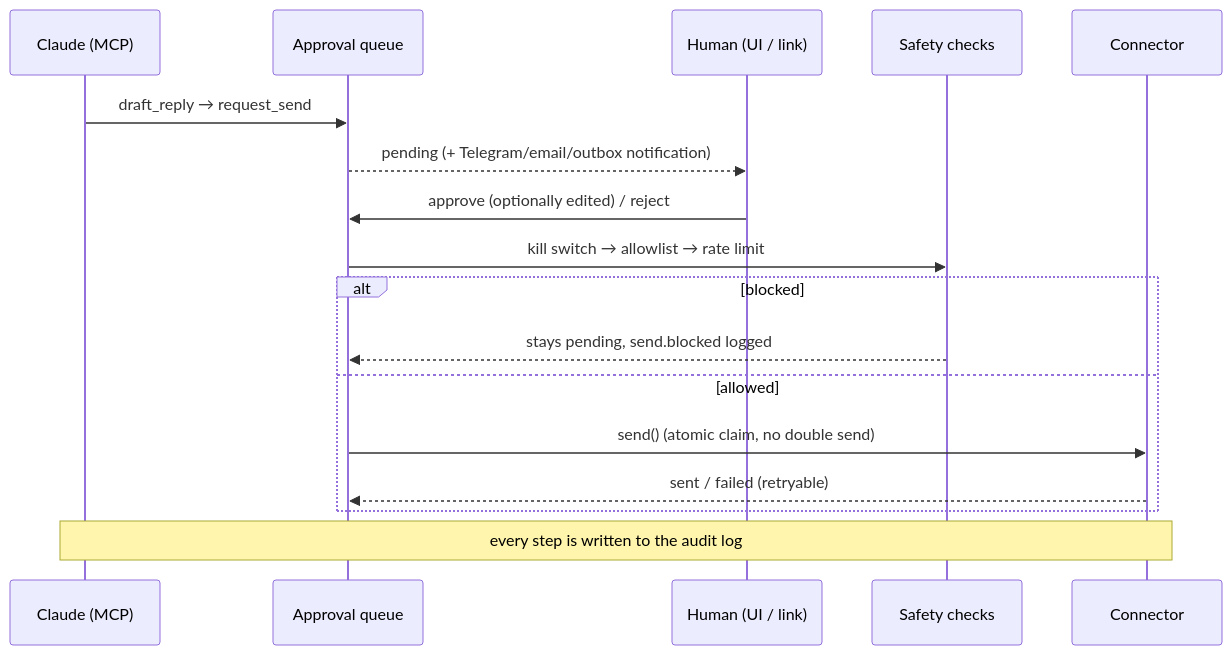
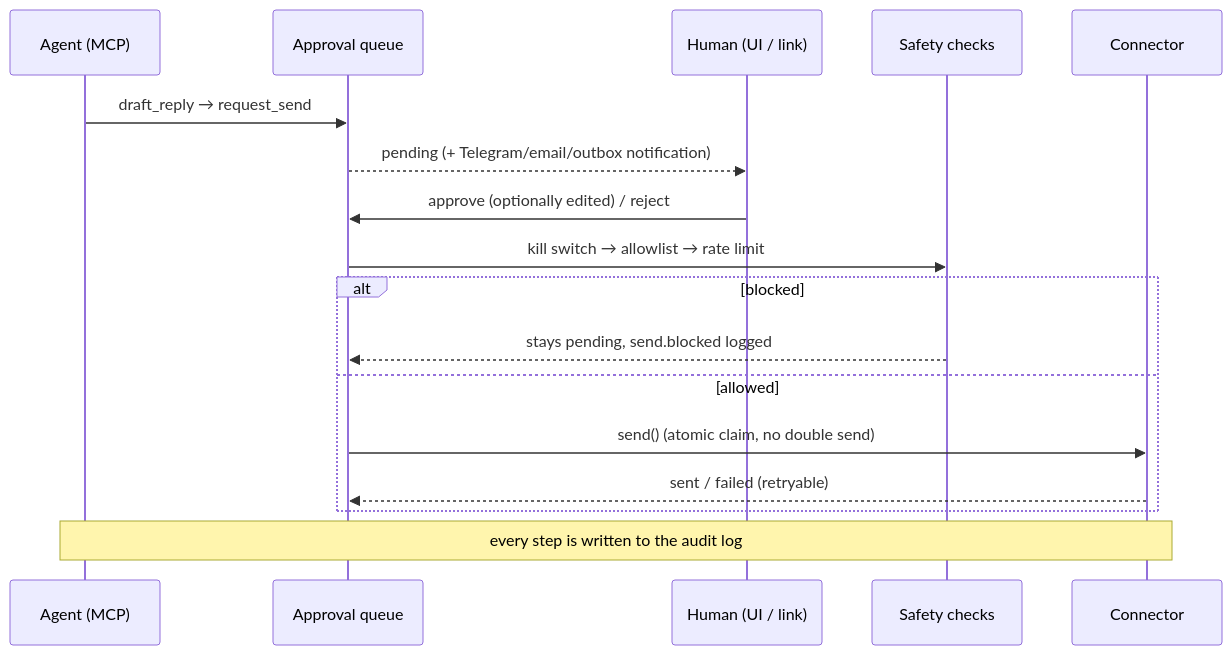
Before and after one commit to dvictor357/dwarapala: the second of 2 diagrams in README.md, drawn with Mermaid. The commit also changed other lines of this file and 15 other files, not shown here.

````diff
--- a/README.md
+++ b/README.md
@@ -116,19 +120,19 @@
 ```mermaid
 sequenceDiagram
-  participant C as Claude (MCP)
+  participant C as Agent (MCP)
   participant Q as Approval queue
   participant H as Human (UI / link)
   participant S as Safety checks
   participant X as Connector
   C->>Q: draft_reply → request_send
   Q-->>H: pending (+ Telegram/email/outbox notification)
   H->>Q: approve (optionally edited) / reject
   Q->>S: kill switch → allowlist → rate limit
   alt blocked
     S-->>Q: stays pending, send.blocked logged
   else allowed
     Q->>X: send()  (atomic claim, no double send)
     X-->>Q: sent / failed (retryable)
   end
   Note over C,X: every step is written to the audit log
 ```
````
